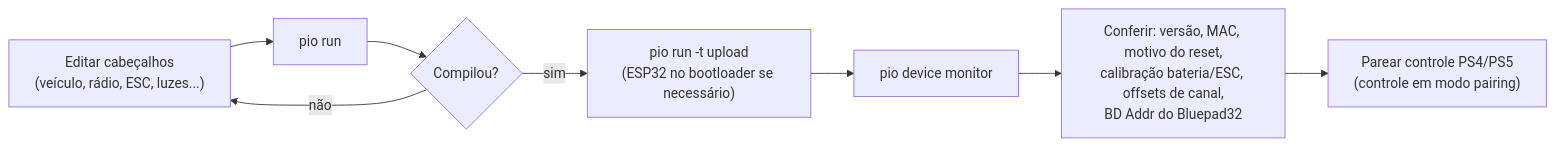
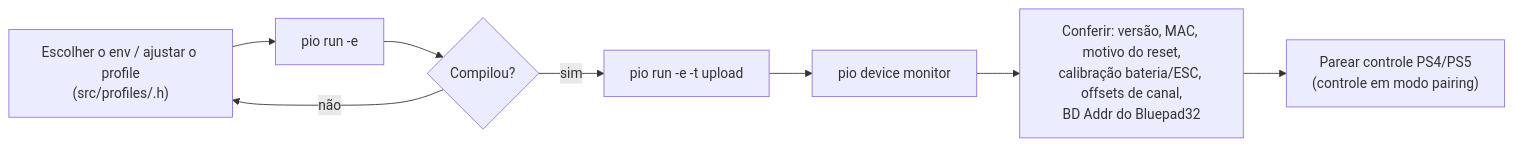
The diagram in docs/09-build-e-deploy.md (carlosmaestro/Rc_Engine_Sound_ESP32), drawn with Mermaid before and after one commit. The commit also changed other lines of this file and 22 other files, not shown here.

````diff
--- a/docs/09-build-e-deploy.md
+++ b/docs/09-build-e-deploy.md
@@ -81,10 +89,10 @@
 ```mermaid
 flowchart LR
-    A["Editar cabeçalhos\n(veículo, rádio, ESC, luzes...)"] --> B["pio run"]
+    A["Escolher o env / ajustar o profile\n(src/profiles/<carro>.h)"] --> B["pio run -e <carro>"]
     B --> C{"Compilou?"}
     C -- não --> A
-    C -- sim --> D["pio run -t upload\n(ESP32 no bootloader se necessário)"]
+    C -- sim --> D["pio run -e <carro> -t upload"]
     D --> E["pio device monitor"]
     E --> F["Conferir: versão, MAC, motivo do reset,\ncalibração bateria/ESC, offsets de canal,\nBD Addr do Bluepad32"]
     F --> G["Parear controle PS4/PS5\n(controle em modo pairing)"]
 ```
````
